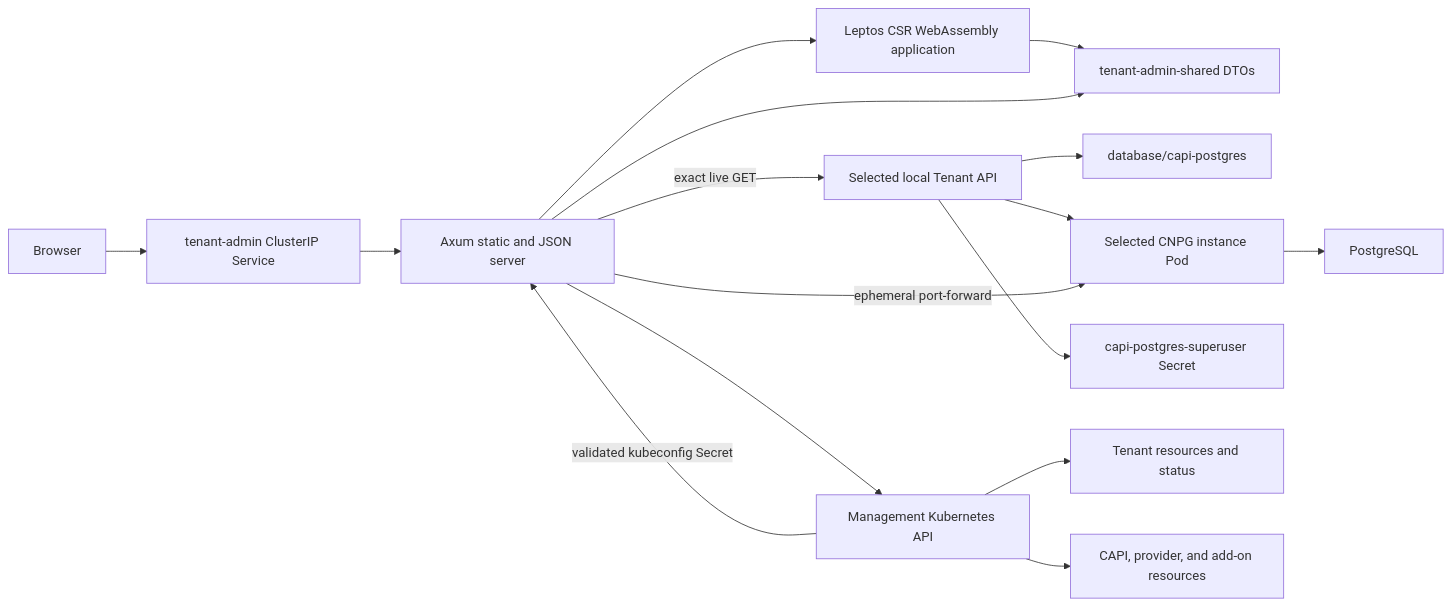
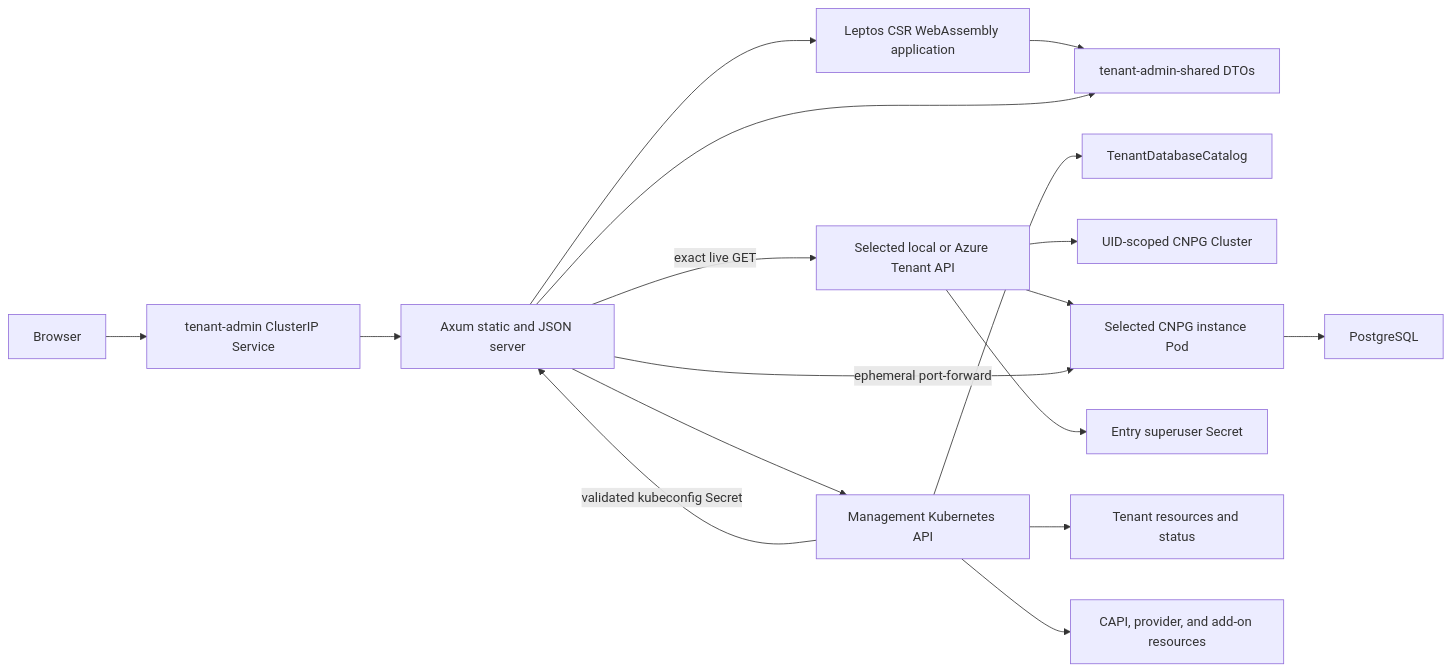
The diagram in capi/docs/admin-ui-design.md (youyuanwu/cnpg-vcluster), drawn with Mermaid before and after one commit. The commit also changed other lines of this file and 157 other files, not shown here.

First line of the commit message:
[Multi-Cluster PostgreSQL] Add independently managed Tenant database catalogs (#34)

````diff
--- a/capi/docs/admin-ui-design.md
+++ b/capi/docs/admin-ui-design.md
@@ -42,30 +42,32 @@
 ```mermaid
 flowchart LR
   Browser[Browser]
   Service[tenant-admin ClusterIP Service]
   Axum[Axum static and JSON server]
   Leptos[Leptos CSR WebAssembly application]
   DTO[tenant-admin-shared DTOs]
   Kube[Management Kubernetes API]
-  TenantAPI[Selected local Tenant API]
-  CNPG[database/capi-postgres]
+  Catalog[TenantDatabaseCatalog]
+  TenantAPI[Selected local or Azure Tenant API]
+  CNPG[UID-scoped CNPG Cluster]
   Pod[Selected CNPG instance Pod]
-  Secret[capi-postgres-superuser Secret]
+  Secret[Entry superuser Secret]
   Postgres[PostgreSQL]
   Tenant[Tenant resources and status]
   Resources[CAPI, provider, and add-on resources]
 
   Browser --> Service --> Axum
   Axum --> Leptos
   Leptos --> DTO
   Axum --> DTO
   Axum --> Kube
   Kube --> Tenant
+  Kube --> Catalog
   Kube --> Resources
   Kube -->|validated kubeconfig Secret| Axum
   Axum -->|exact live GET| TenantAPI
   TenantAPI --> CNPG
   TenantAPI --> Pod
   TenantAPI --> Secret
   Axum -->|ephemeral port-forward| Pod --> Postgres
 ```
````
